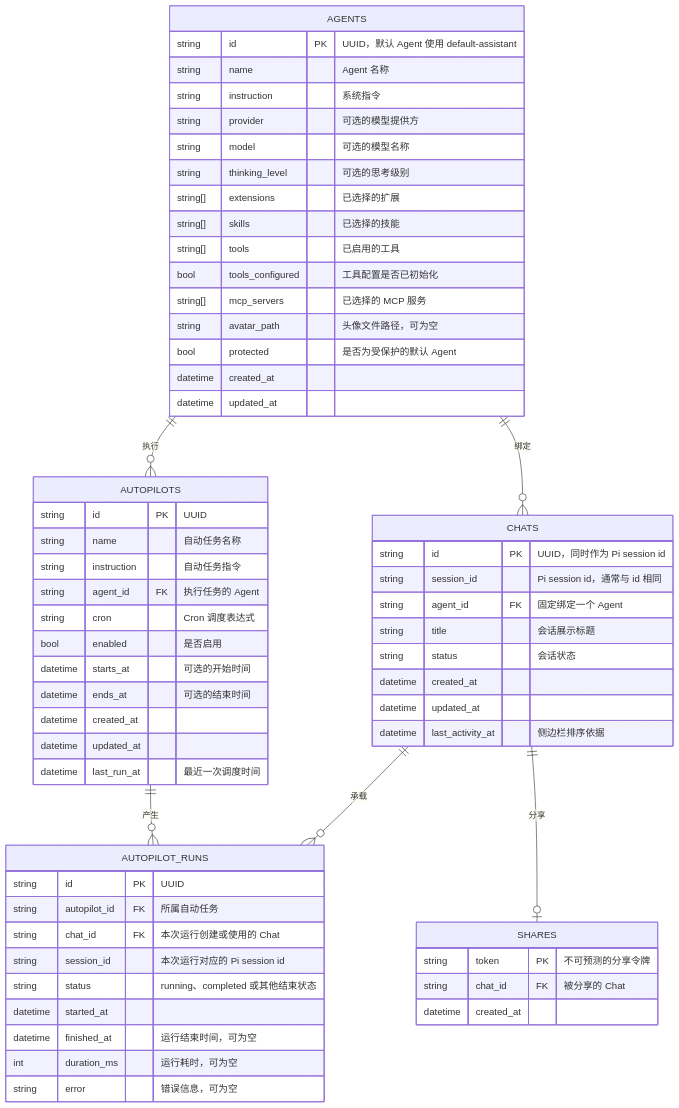
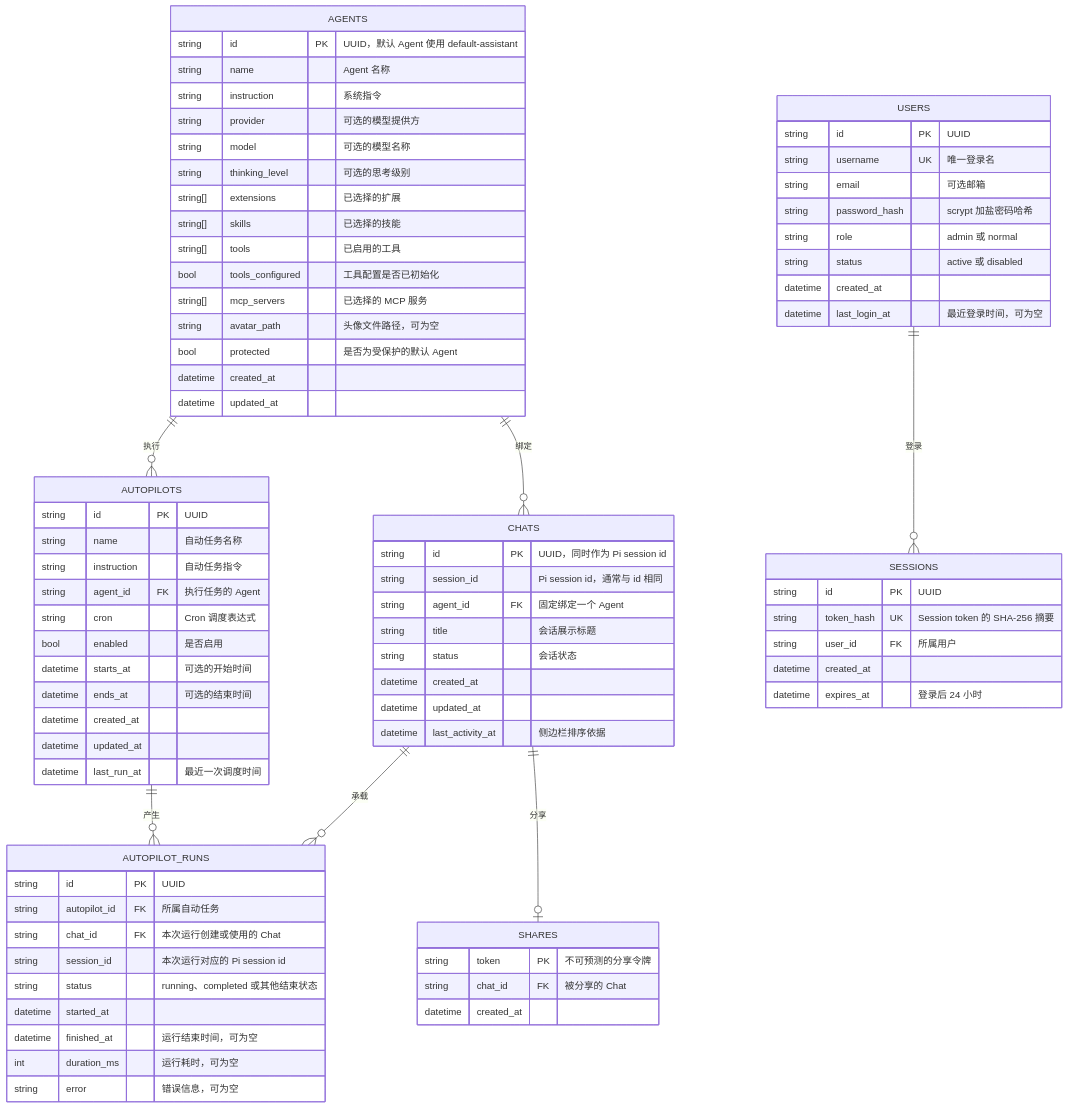
Before and after one commit to wyf0931/pi-rpc-pydemo: the diagram in docs/tinydb.md, drawn with Mermaid. The commit also changed other lines of this file, not shown here.

Commit message:
docs: document users and sessions in tinydb erd

````diff
--- a/docs/tinydb.md
+++ b/docs/tinydb.md
@@ -11,6 +11,7 @@
     AUTOPILOTS ||--o{ AUTOPILOT_RUNS : "产生"
     CHATS ||--o{ AUTOPILOT_RUNS : "承载"
     CHATS ||--o| SHARES : "分享"
+    USERS ||--o{ SESSIONS : "登录"
 
     AGENTS {
         string id PK "UUID，默认 Agent 使用 default-assistant"
@@ -72,4 +73,23 @@
         string chat_id FK "被分享的 Chat"
         datetime created_at
     }
+
+    USERS {
+        string id PK "UUID"
+        string username UK "唯一登录名"
+        string email "可选邮箱"
+        string password_hash "scrypt 加盐密码哈希"
+        string role "admin 或 normal"
+        string status "active 或 disabled"
+        datetime created_at
+        datetime last_login_at "最近登录时间，可为空"
+    }
+
+    SESSIONS {
+        string id PK "UUID"
+        string token_hash UK "Session token 的 SHA-256 摘要"
+        string user_id FK "所属用户"
+        datetime created_at
+        datetime expires_at "登录后 24 小时"
+    }
 ```
````
